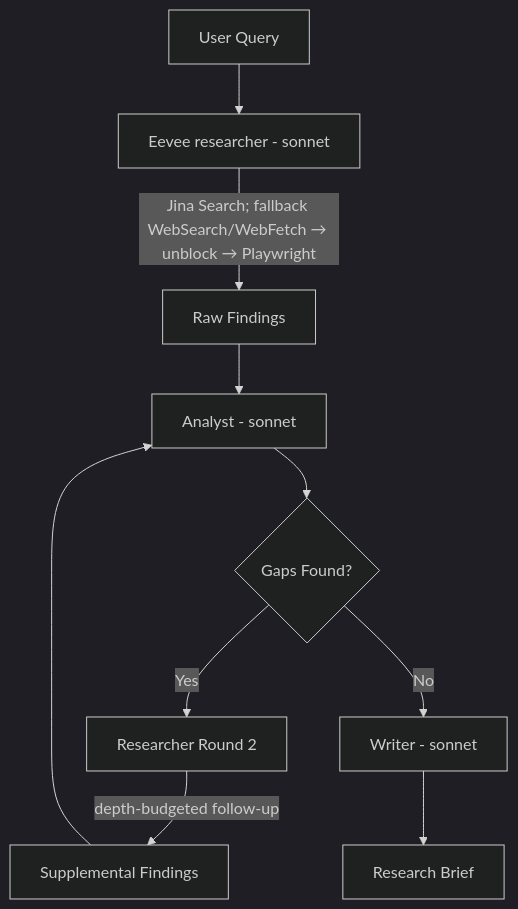
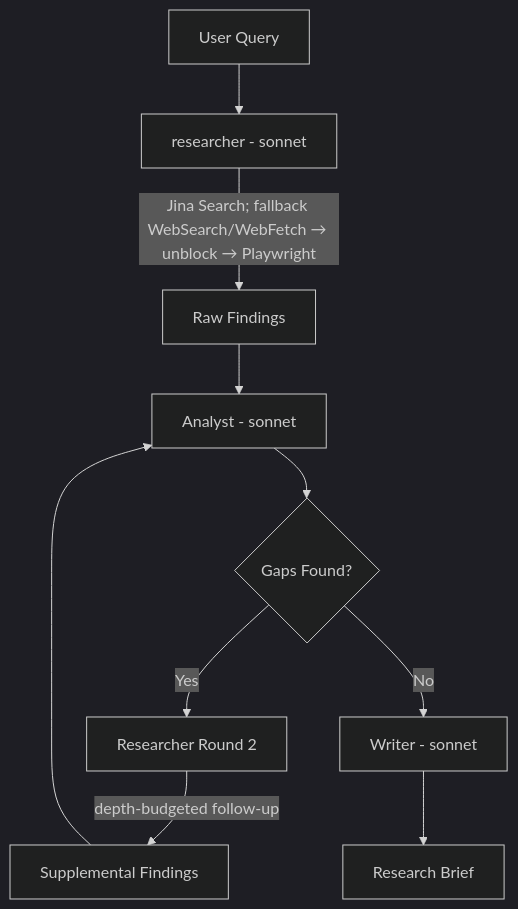
The diagram in docs/skills/research.md (unclejobs-ai/second-claude-code), drawn with Mermaid (dark theme) before and after one commit. The commit also changed other lines of this file and 26 other files, not shown here.

````diff
--- a/docs/skills/research.md
+++ b/docs/skills/research.md
@@ -67,12 +68,12 @@
 ```mermaid
 graph TD
-    A[User Query] --> B[Eevee researcher - sonnet]
+    A[User Query] --> B[researcher - sonnet]
     B -->|Jina Search; fallback WebSearch/WebFetch → unblock → Playwright| C[Raw Findings]
     C --> D[Analyst - sonnet]
     D --> E{Gaps Found?}
     E -->|Yes| F[Researcher Round 2]
     F -->|depth-budgeted follow-up| G[Supplemental Findings]
     G --> D
     E -->|No| H[Writer - sonnet]
     H --> I[Research Brief]
 ```
````
